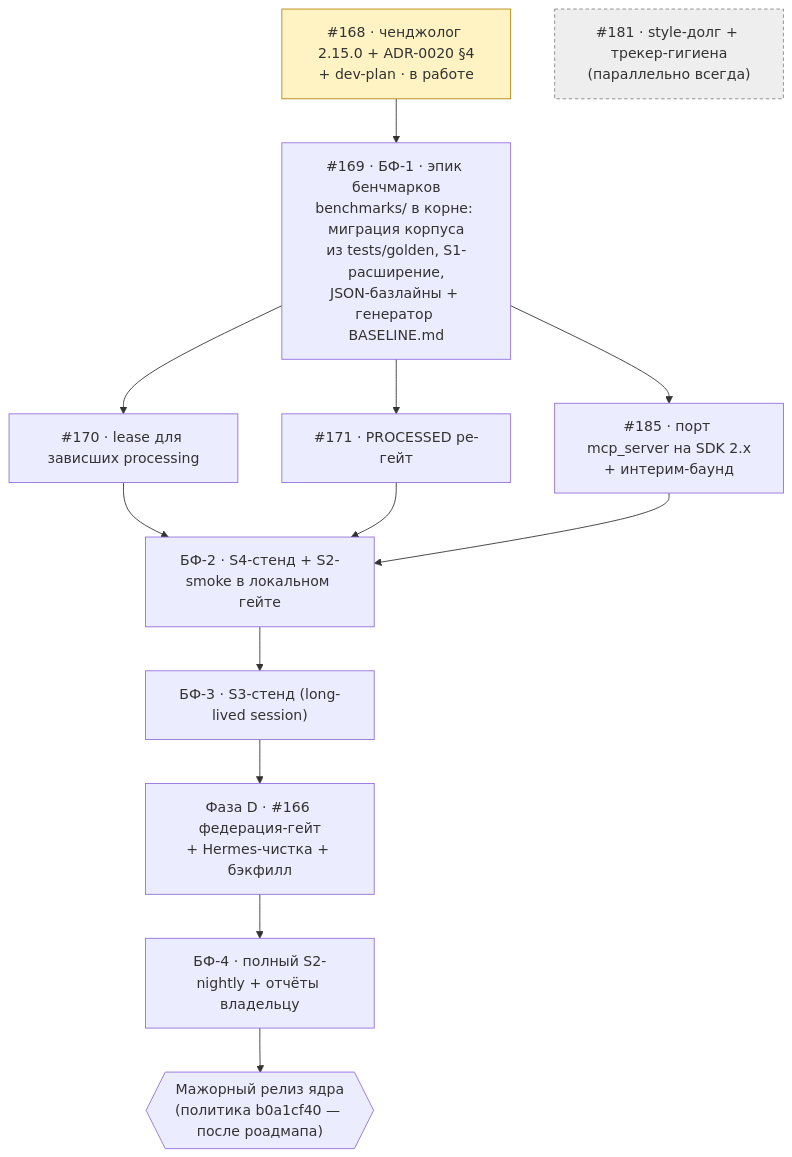
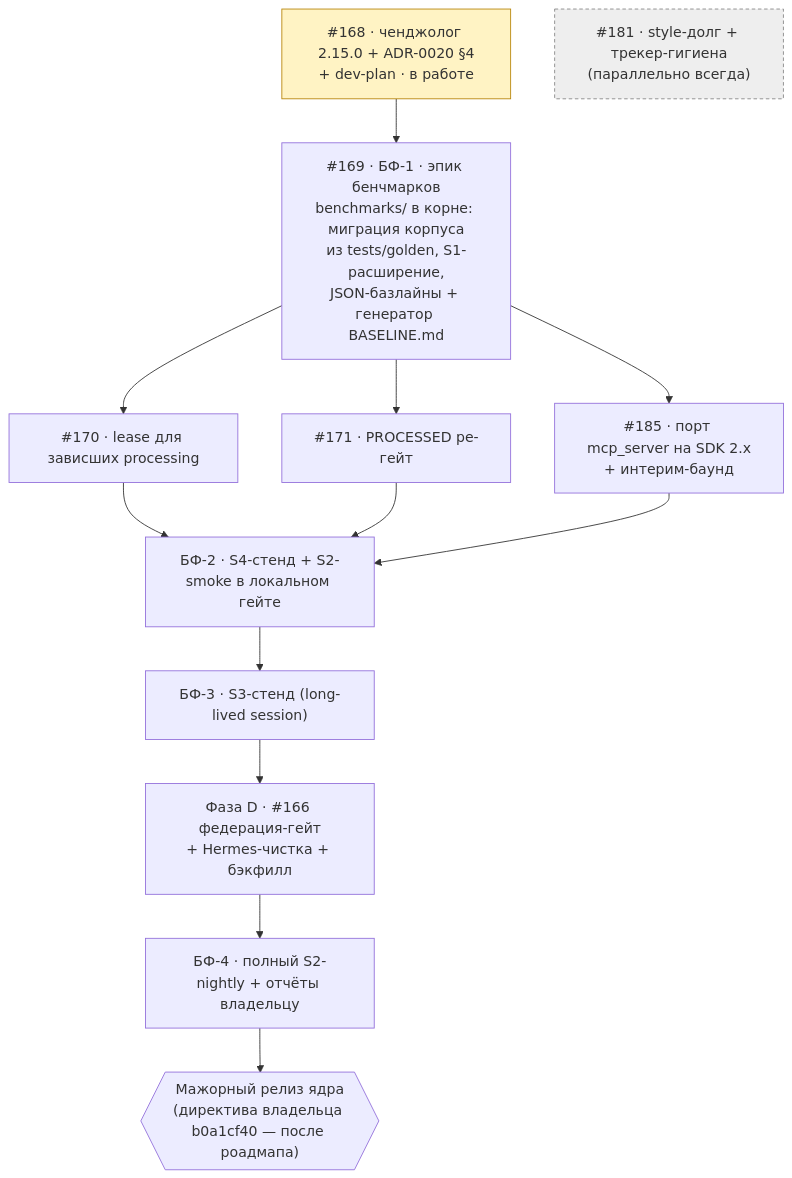
The diagram in docs/project/dev-plan.md (Korrnals/mnemos), drawn with Mermaid before and after one commit. The commit also changed other lines of this file and 2 other files, not shown here.

````diff
--- a/docs/project/dev-plan.md
+++ b/docs/project/dev-plan.md
@@ -65,30 +65,30 @@
 ```mermaid
 flowchart TD
     PR168["#168 · ченджолог 2.15.0 + ADR-0020 §4<br/>+ dev-plan · в работе"]
     BF1["#169 · БФ-1 · эпик бенчмарков<br/>benchmarks/ в корне: миграция корпуса<br/>из tests/golden, S1-расширение,<br/>JSON-базлайны + генератор BASELINE.md"]
     L170["#170 · lease для зависших processing"]
     L171["#171 · PROCESSED ре-гейт"]
     L185["#185 · порт mcp_server на SDK 2.x<br/>+ интерим-баунд"]
     BF2["БФ-2 · S4-стенд + S2-smoke в локальном гейте"]
     BF3["БФ-3 · S3-стенд (long-lived session)"]
     PHD["Фаза D · #166 федерация-гейт<br/>+ Hermes-чистка + бэкфилл"]
     BF4["БФ-4 · полный S2-nightly + отчёты владельцу"]
-    REL{{"Мажорный релиз ядра<br/>(политика b0a1cf40 — после роадмапа)"}}
+    REL{{"Мажорный релиз ядра<br/>(директива владельца b0a1cf40 — после роадмапа)"}}
     SIDE["#181 · style-долг + трекер-гигиена<br/>(параллельно всегда)"]
     PR168 --> BF1
     BF1 --> L170
     BF1 --> L171
     BF1 --> L185
     L170 --> BF2
     L171 --> BF2
     L185 --> BF2
     BF2 --> BF3
     BF3 --> PHD
     PHD --> BF4
     BF4 --> REL
     classDef done fill:#daf5da,stroke:#3d8b3d
     classDef wip fill:#fff3c4,stroke:#b8860b
     classDef side fill:#eeeeee,stroke:#888888,stroke-dasharray: 4 3
     class PR168 wip
     class SIDE side
 ```
````
